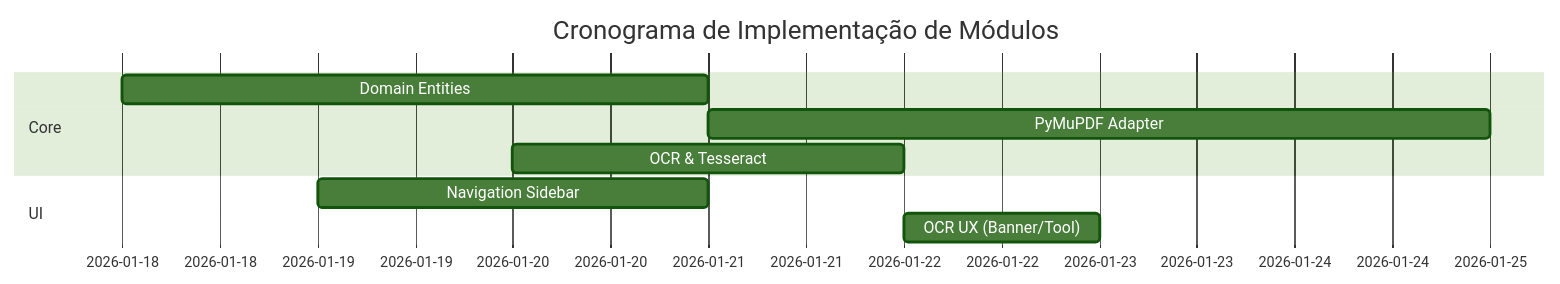
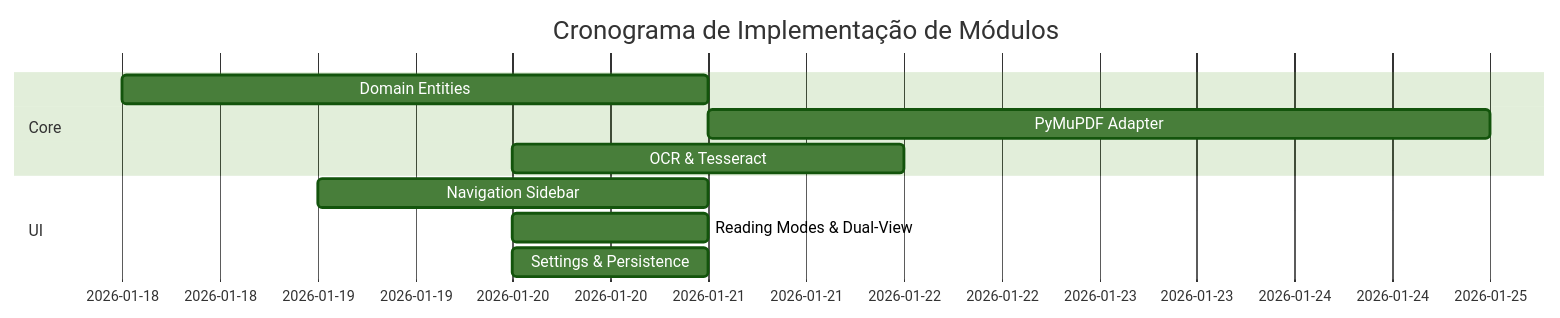
Before and after one commit to LAMP-LUCAS/fotonPDF: the second of 2 diagrams in docs/DASHBOARD.md, drawn with Mermaid (forest theme). The commit also changed other lines of this file and 5 other files, not shown here.

````diff
--- a/docs/DASHBOARD.md
+++ b/docs/DASHBOARD.md
@@ -46,12 +40,13 @@
 ```mermaid
 gantt
     title Cronograma de Implementação de Módulos
     dateFormat  YYYY-MM-DD
     section Core
     Domain Entities       :a1, 2026-01-18, 3d
     PyMuPDF Adapter       :a2, after a1, 4d
     OCR & Tesseract       :a3, 2026-01-20, 2d
     section UI
     Navigation Sidebar    :c1, 2026-01-19, 2d
-    OCR UX (Banner/Tool)  :c2, after a3, 1d
+    Reading Modes & Dual-View :c2, 2026-01-20, 1d
+    Settings & Persistence :c3, 2026-01-20, 1d
 ```
````
